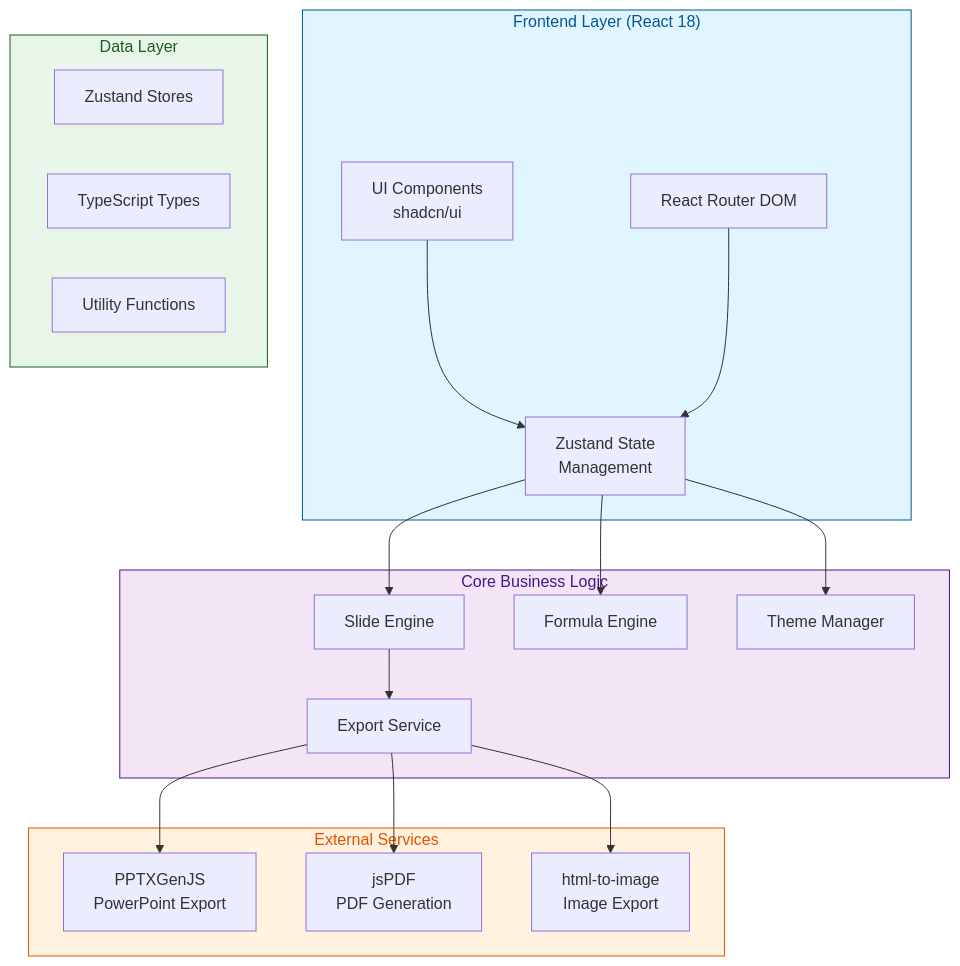
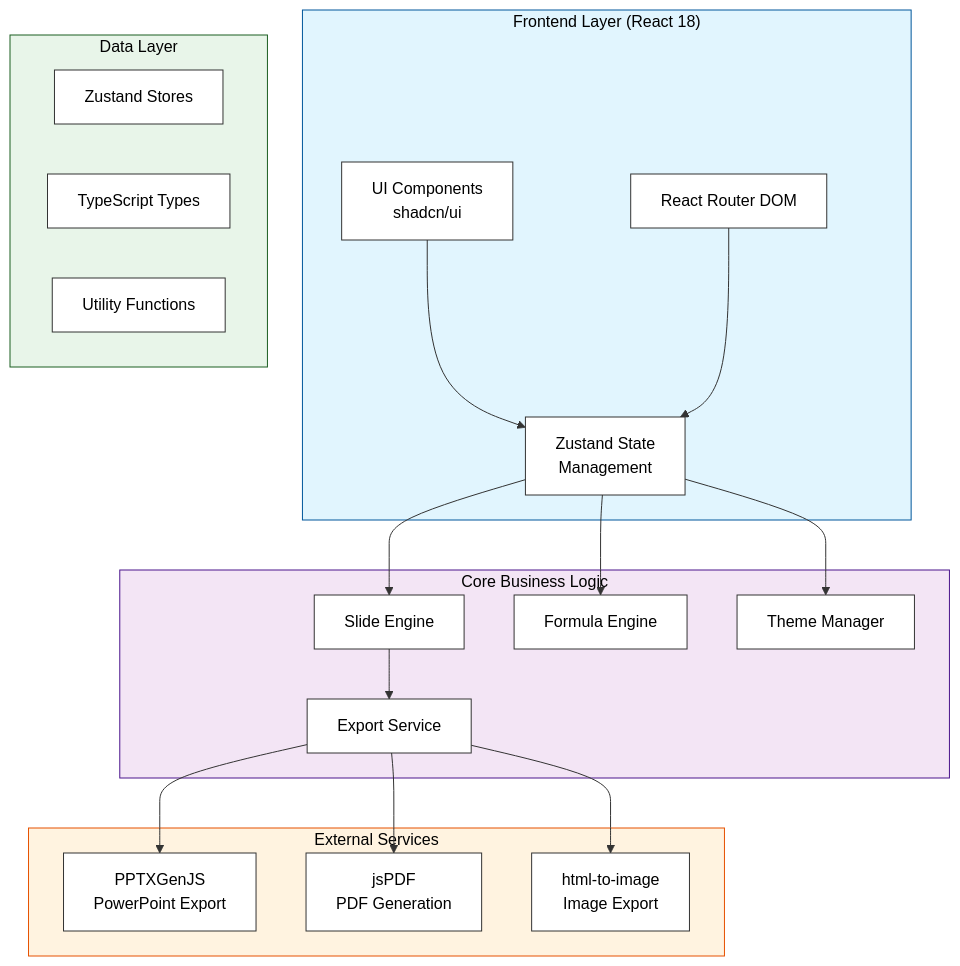
The first of 4 diagrams in README.md (girishlade111/lade-slides-studio), drawn with Mermaid before and after one commit. The commit also changed other lines of this file, not shown here.

Commit message:
style: update mermaid diagram styling for improved readability and text contrast

````diff
--- a/README.md
+++ b/README.md
@@ -73,42 +73,44 @@
 ```mermaid
 flowchart TB
+    classDef default fill:#ffffff,stroke:#333,stroke-width:1px,color:#000000
+
     subgraph Client["Frontend Layer (React 18)"]
         UI["UI Components<br/>shadcn/ui"]
         Router["React Router DOM"]
         State["Zustand State<br/>Management"]
     end
 
     subgraph Core["Core Business Logic"]
         Slides["Slide Engine"]
         Formula["Formula Engine"]
         Theme["Theme Manager"]
         Export["Export Service"]
     end
 
     subgraph Data["Data Layer"]
         Store["Zustand Stores"]
         Types["TypeScript Types"]
         Utils["Utility Functions"]
     end
 
     subgraph External["External Services"]
         PPTX["PPTXGenJS<br/>PowerPoint Export"]
         PDF["jsPDF<br/>PDF Generation"]
         Images["html-to-image<br/>Image Export"]
     end
 
     UI --> State
     Router --> State
     State --> Slides
     State --> Formula
     State --> Theme
     Slides --> Export
     Export --> PPTX
     Export --> PDF
     Export --> Images
 
-    style Client fill:#e1f5fe,stroke:#01579b,color:#01579b
-    style Core fill:#f3e5f5,stroke:#4a148c,color:#4a148c
-    style Data fill:#e8f5e9,stroke:#1b5e20,color:#1b5e20
-    style External fill:#fff3e0,stroke:#e65100,color:#e65100
+    style Client fill:#e1f5fe,stroke:#01579b,color:#000000
+    style Core fill:#f3e5f5,stroke:#4a148c,color:#000000
+    style Data fill:#e8f5e9,stroke:#1b5e20,color:#000000
+    style External fill:#fff3e0,stroke:#e65100,color:#000000
 ```
````
